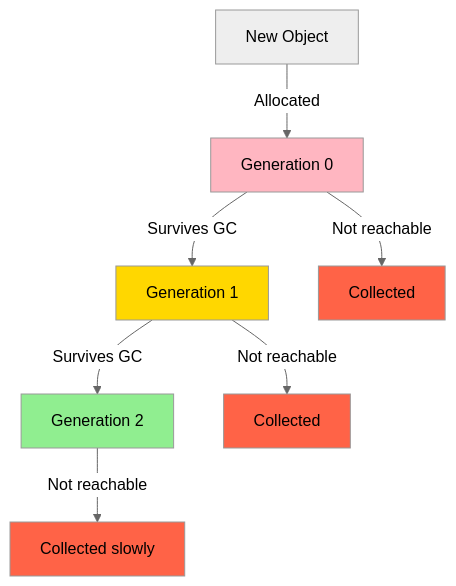
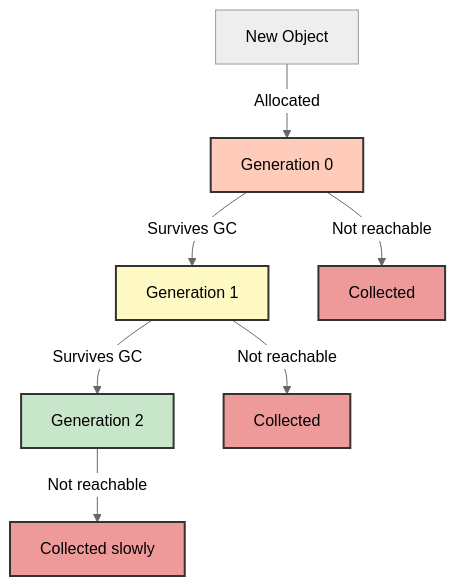
The fourth of 7 diagrams in C# fundamentals/day02-memory-gc.md (NguyenPhamCode4You/ai-home-lab-docker-compose), drawn with Mermaid (neutral theme) before and after one commit. The commit also changed other lines of this file and 10 other files, not shown here.

````diff
--- a/C# fundamentals/day02-memory-gc.md
+++ b/C# fundamentals/day02-memory-gc.md
@@ -306,16 +306,16 @@
 ```mermaid
 graph TD
     A[New Object] -->|Allocated| B[Generation 0]
     B -->|Survives GC| C[Generation 1]
     C -->|Survives GC| D[Generation 2]
     B -->|Not reachable| E[Collected]
     C -->|Not reachable| F[Collected]
     D -->|Not reachable| G[Collected slowly]
 
-    style B fill:#FFB6C1
-    style C fill:#FFD700
-    style D fill:#90EE90
-    style E fill:#FF6347
-    style F fill:#FF6347
-    style G fill:#FF6347
+    style B fill:#ffccbc,stroke:#333,stroke-width:2px
+    style C fill:#fff9c4,stroke:#333,stroke-width:2px
+    style D fill:#c8e6c9,stroke:#333,stroke-width:2px
+    style E fill:#ef9a9a,stroke:#333,stroke-width:2px
+    style F fill:#ef9a9a,stroke:#333,stroke-width:2px
+    style G fill:#ef9a9a,stroke:#333,stroke-width:2px
 ```
````
